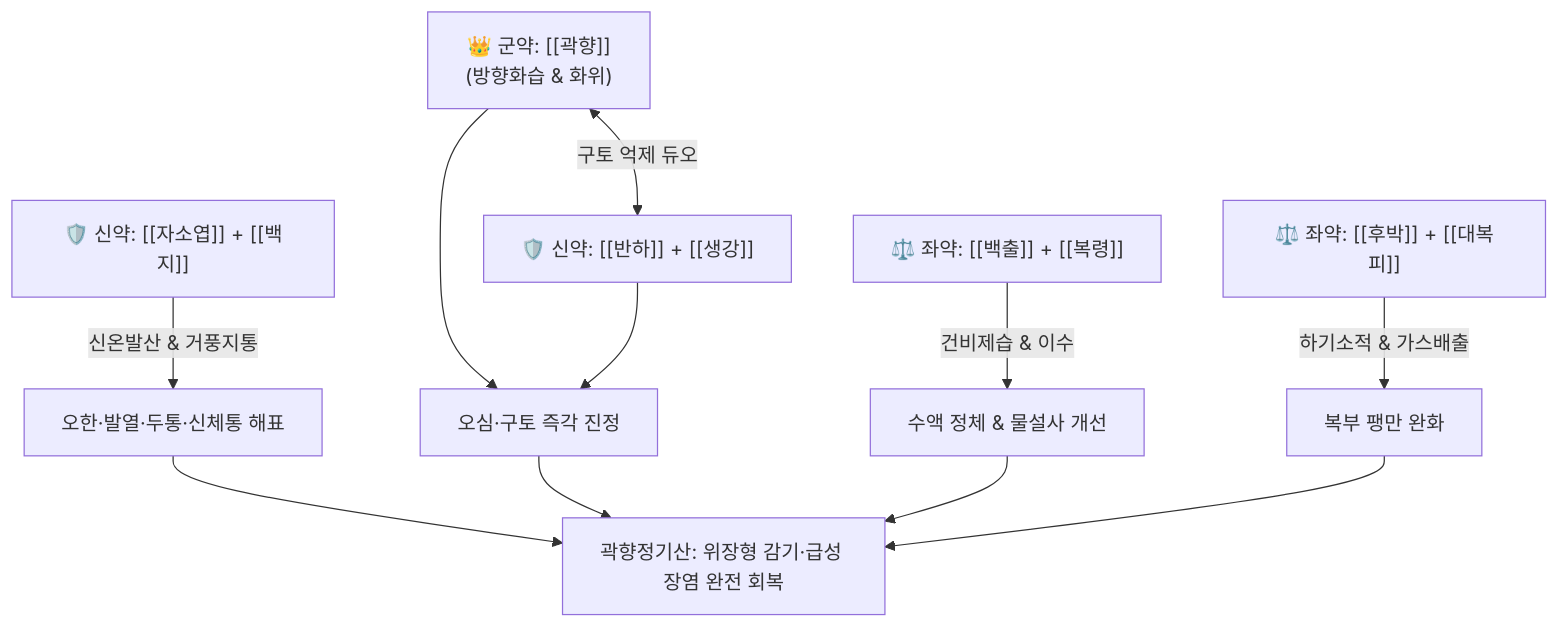
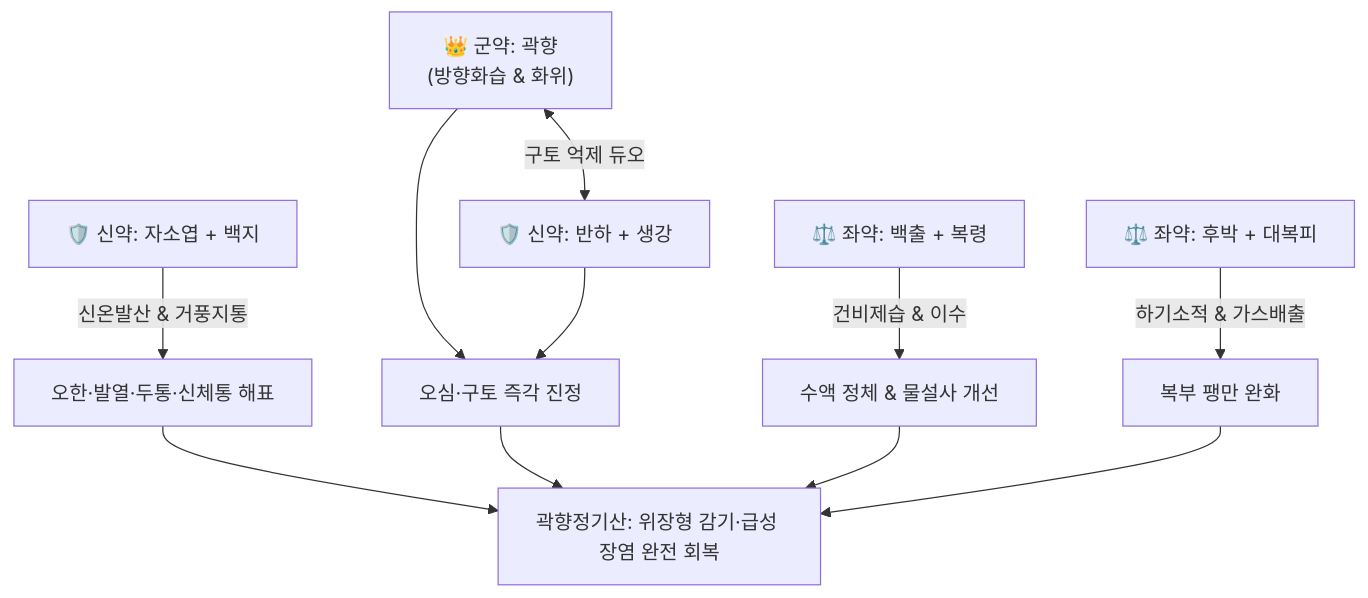
One commit to simbio11/simbio-digital-garden2 changed the diagram in content/2. 약리 공부/처방/03_화담·거습·이수제/곽향정기산.md. Above: the diagram before and after it, drawn with Mermaid. The commit also changed other lines of this file and 323 other files, not shown here.

````diff
--- a/content/2. 약리 공부/처방/03_화담·거습·이수제/곽향정기산.md
+++ b/content/2. 약리 공부/처방/03_화담·거습·이수제/곽향정기산.md
@@ -60,9 +62,9 @@
 ```mermaid
 graph TD
-    JS["🛡️ 신약: [[자소엽]] + [[백지]]"] -->|신온발산 & 거풍지통| X["오한·발열·두통·신체통 해표"]
-    GH["👑 군약: [[곽향]]<br>(방향화습 & 화위)"] <-->|구토 억제 듀오| BH["🛡️ 신약: [[반하]] + [[생강]]"]
+    JS["🛡️ 신약: 자소엽 + 백지"] -->|신온발산 & 거풍지통| X["오한·발열·두통·신체통 해표"]
+    GH["👑 군약: 곽향<br>(방향화습 & 화위)"] <-->|구토 억제 듀오| BH["🛡️ 신약: 반하 + 생강"]
     GH & BH --> Y["오심·구토 즉각 진정"]
-    BC["⚖️ 좌약: [[백출]] + [[복령]]"] -->|건비제습 & 이수| Z["수액 정체 & 물설사 개선"]
-    HP["⚖️ 좌약: [[후박]] + [[대복피]]"] -->|하기소적 & 가스배출| W["복부 팽만 완화"]
+    BC["⚖️ 좌약: 백출 + 복령"] -->|건비제습 & 이수| Z["수액 정체 & 물설사 개선"]
+    HP["⚖️ 좌약: 후박 + 대복피"] -->|하기소적 & 가스배출| W["복부 팽만 완화"]
     X & Y & Z & W --> Final["곽향정기산: 위장형 감기·급성 장염 완전 회복"]
 ```
````
